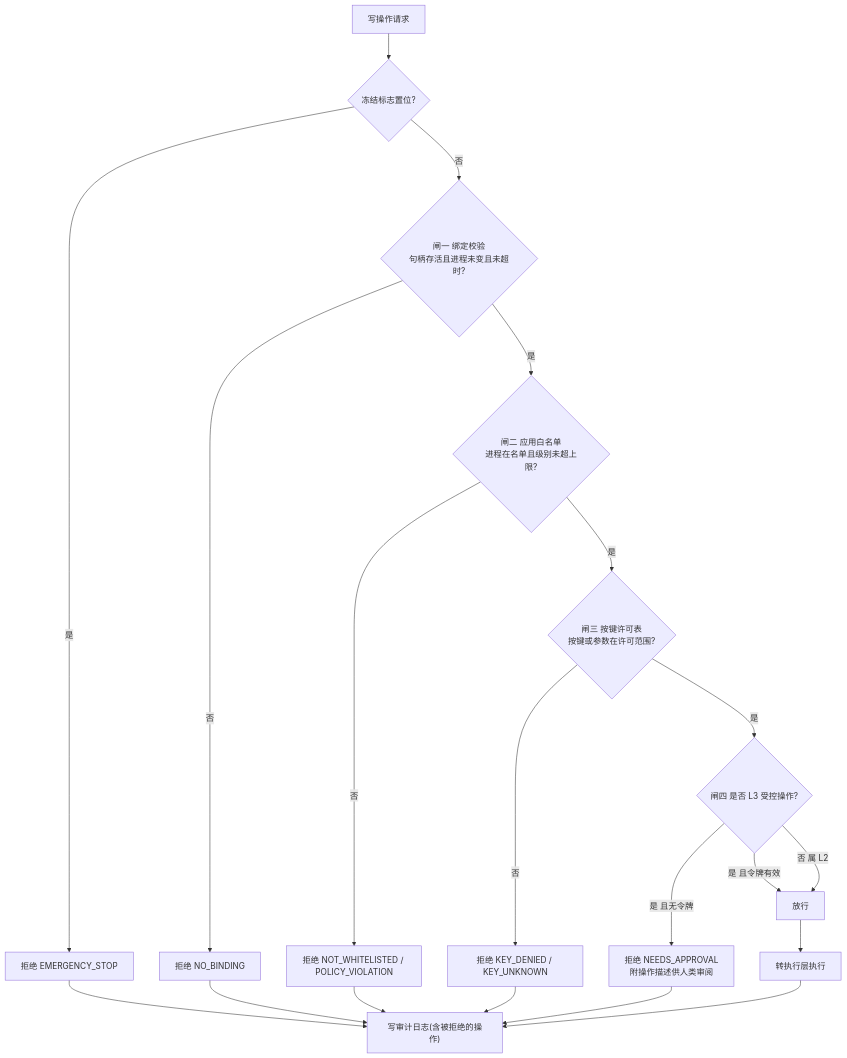
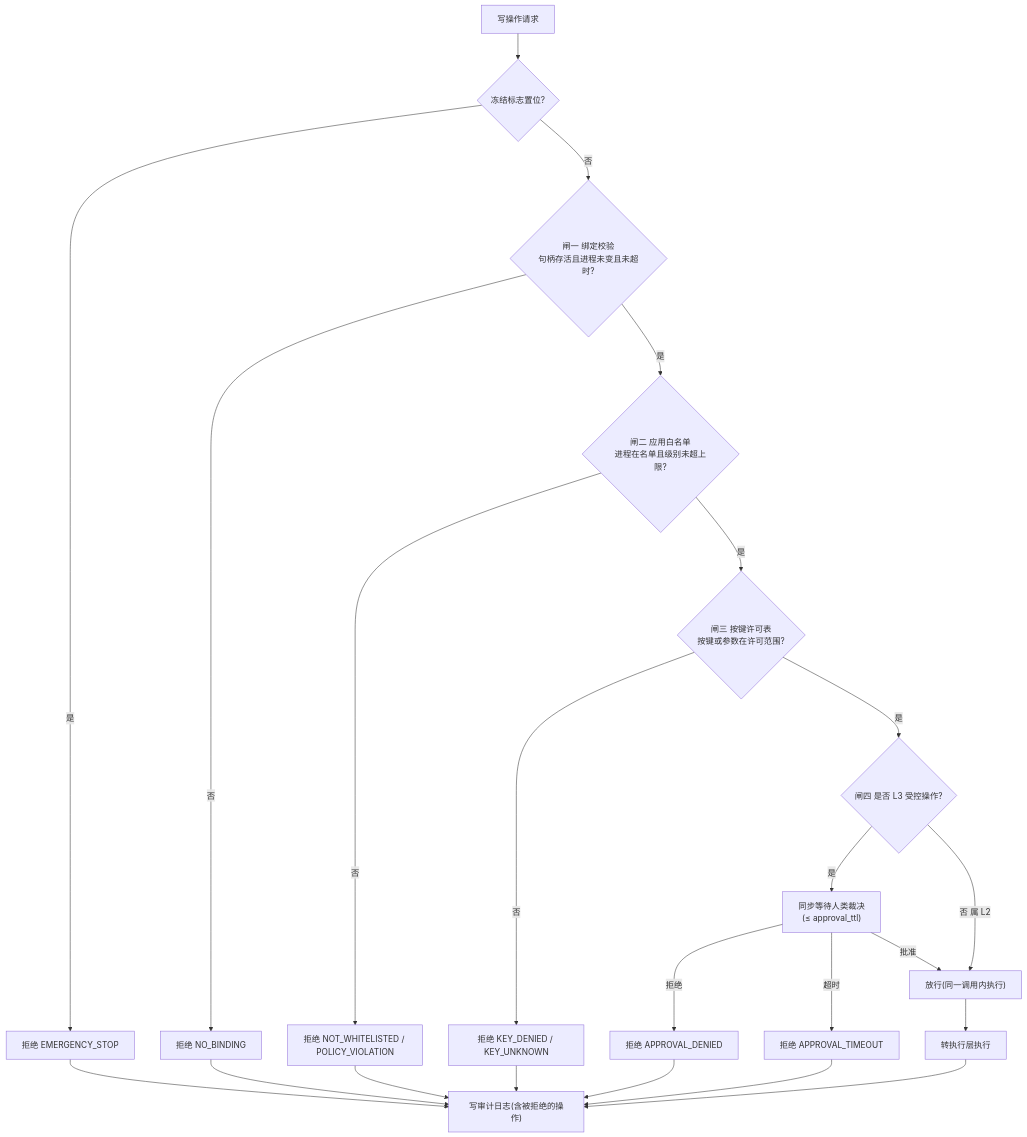
Before and after one commit to Ddfang-sdf/deskpilot: the eighth of 15 diagrams in docs/详细设计说明书.md, drawn with Mermaid. The commit also changed other lines of this file and 26 other files, not shown here.

````diff
--- a/docs/详细设计说明书.md
+++ b/docs/详细设计说明书.md
@@ -713,22 +719,25 @@
 ```mermaid
 flowchart TD
     Req["写操作请求"] --> G0{"冻结标志置位?"}
     G0 -->|"是"| D0["拒绝 EMERGENCY_STOP"]
     G0 -->|"否"| G1{"闸一 绑定校验<br/>句柄存活且进程未变且未超时?"}
     G1 -->|"否"| D1["拒绝 NO_BINDING"]
     G1 -->|"是"| G2{"闸二 应用白名单<br/>进程在名单且级别未超上限?"}
     G2 -->|"否"| D2["拒绝 NOT_WHITELISTED / POLICY_VIOLATION"]
     G2 -->|"是"| G3{"闸三 按键许可表<br/>按键或参数在许可范围?"}
     G3 -->|"否"| D3["拒绝 KEY_DENIED / KEY_UNKNOWN"]
     G3 -->|"是"| G4{"闸四 是否 L3 受控操作?"}
-    G4 -->|"是 且无令牌"| D4["拒绝 NEEDS_APPROVAL<br/>附操作描述供人类审阅"]
-    G4 -->|"是 且令牌有效"| Pass["放行"]
+    G4 -->|"是"| U4["同步等待人类裁决<br/>(≤ approval_ttl)"]
+    U4 -->|"批准"| Pass["放行(同一调用内执行)"]
+    U4 -->|"拒绝"| D4["拒绝 APPROVAL_DENIED"]
+    U4 -->|"超时"| D4T["拒绝 APPROVAL_TIMEOUT"]
     G4 -->|"否 属 L2"| Pass
     Pass --> Exec["转执行层执行"]
     D0 --> Aud["写审计日志(含被拒绝的操作)"]
     D1 --> Aud
     D2 --> Aud
     D3 --> Aud
     D4 --> Aud
+    D4T --> Aud
     Exec --> Aud
 ```
````
